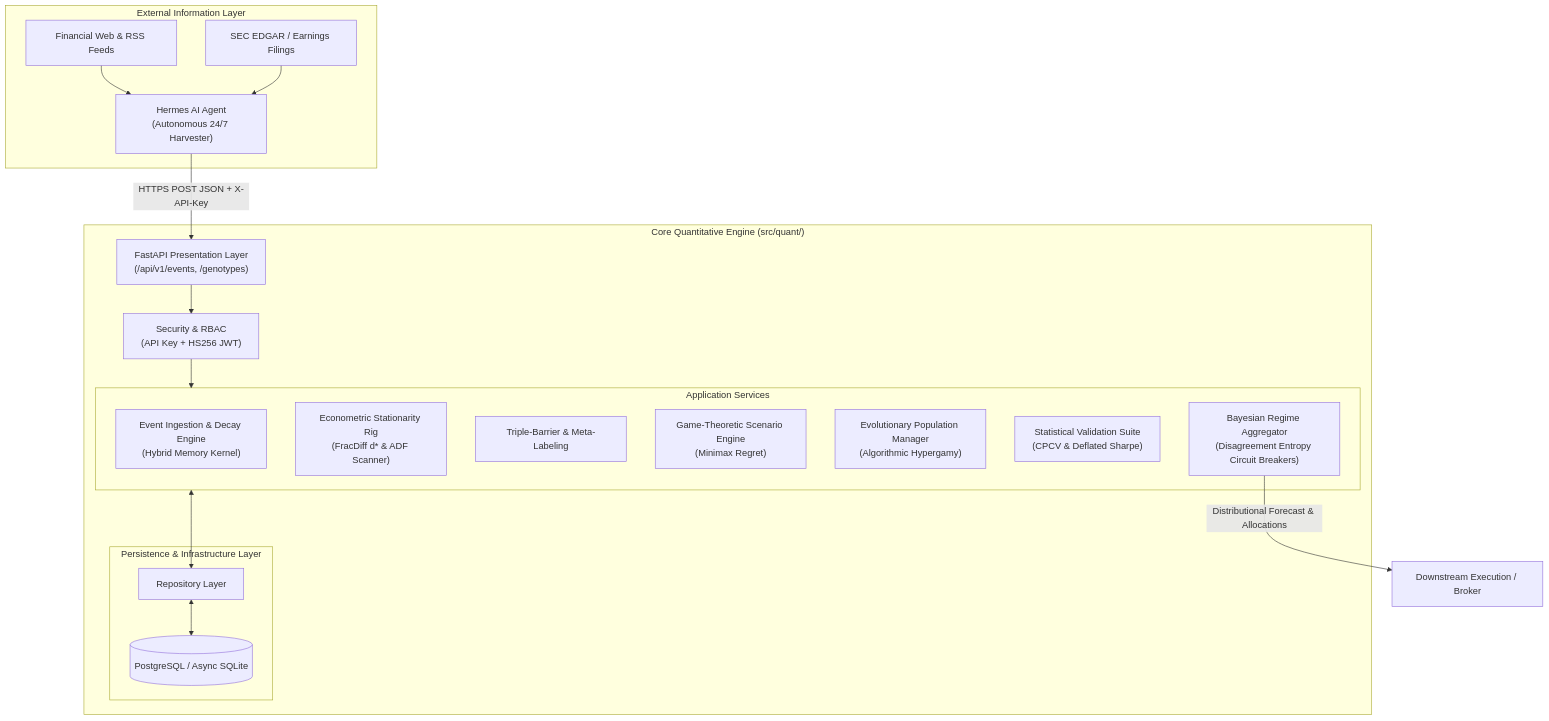
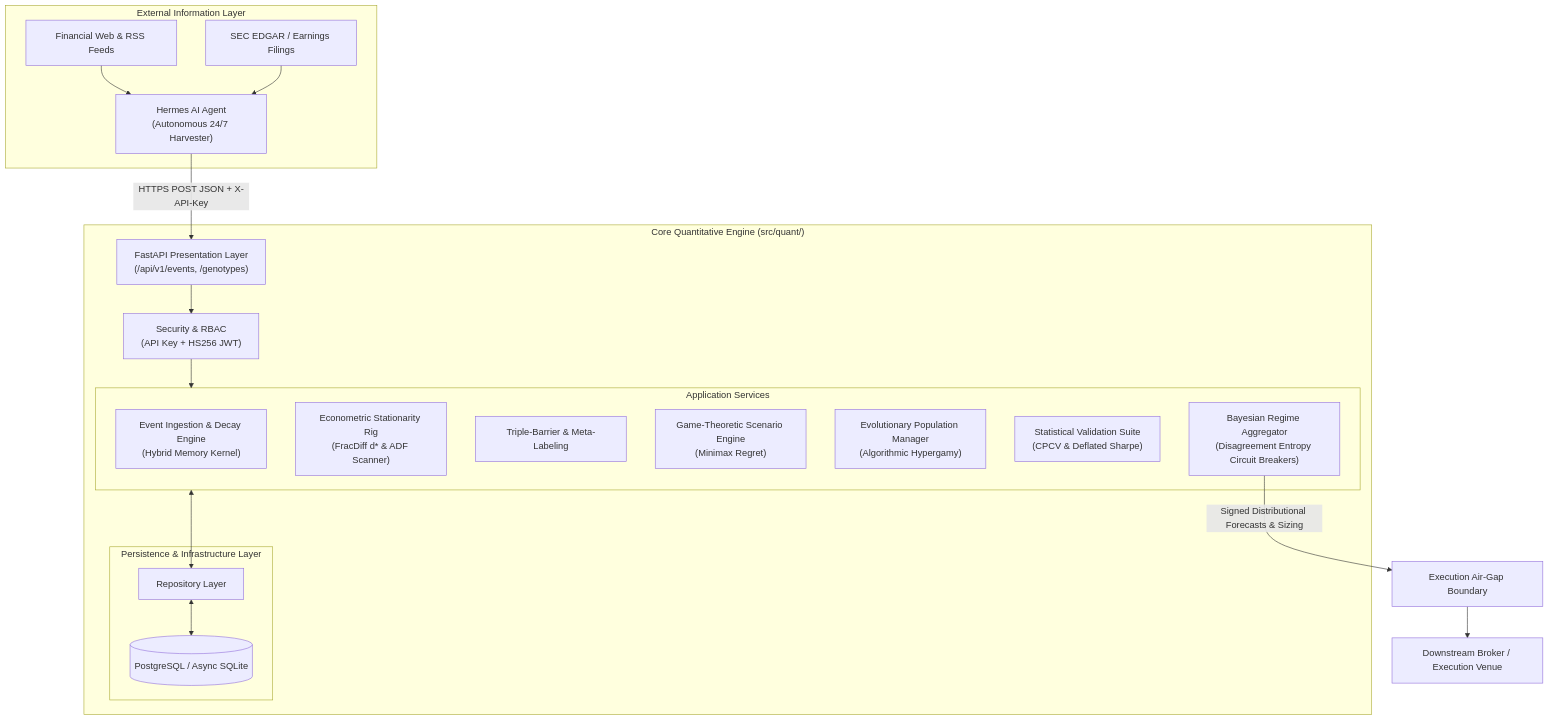
One commit to joshihridesh001-png/Quant-stuff changed the diagram in SRS.md. Above: the diagram before and after it, drawn with Mermaid. The commit also changed other lines of this file, not shown here.

Commit message:
docs(srs): harden specification with 5 architectural safeguards (v1.1.0)

````diff
--- a/SRS.md
+++ b/SRS.md
@@ -63,37 +64,38 @@
 ```mermaid
 flowchart TD
     subgraph ExternalSources["External Information Layer"]
         Web[Financial Web & RSS Feeds]
         EDGAR[SEC EDGAR / Earnings Filings]
         Hermes["Hermes AI Agent<br/>(Autonomous 24/7 Harvester)"]
         Web --> Hermes
         EDGAR --> Hermes
     end
 
     subgraph QuantEngine["Core Quantitative Engine (src/quant/)"]
         API["FastAPI Presentation Layer<br/>(/api/v1/events, /genotypes)"]
         Auth["Security & RBAC<br/>(API Key + HS256 JWT)"]
         
         subgraph Services["Application Services"]
             EventSvc["Event Ingestion & Decay Engine<br/>(Hybrid Memory Kernel)"]
             FracSvc["Econometric Stationarity Rig<br/>(FracDiff d* & ADF Scanner)"]
             LabelSvc["Triple-Barrier & Meta-Labeling"]
             ScenarioSvc["Game-Theoretic Scenario Engine<br/>(Minimax Regret)"]
             EvoSvc["Evolutionary Population Manager<br/>(Algorithmic Hypergamy)"]
             ValSvc["Statistical Validation Suite<br/>(CPCV & Deflated Sharpe)"]
             EnsembleSvc["Bayesian Regime Aggregator<br/>(Disagreement Entropy Circuit Breakers)"]
         end
         
         subgraph Persistence["Persistence & Infrastructure Layer"]
             DB[(PostgreSQL / Async SQLite)]
             Repo[Repository Layer]
         end
     end
 
     Hermes -->|HTTPS POST JSON + X-API-Key| API
     API --> Auth
     Auth --> Services
     Services <--> Repo
     Repo <--> DB
-    EnsembleSvc -->|Distributional Forecast & Allocations| ExecutionGateway[Downstream Execution / Broker]
+    EnsembleSvc -->|Signed Distributional Forecasts & Sizing| AirGap[Execution Air-Gap Boundary]
+    AirGap --> ExecutionGateway[Downstream Broker / Execution Venue]
 ```
````
